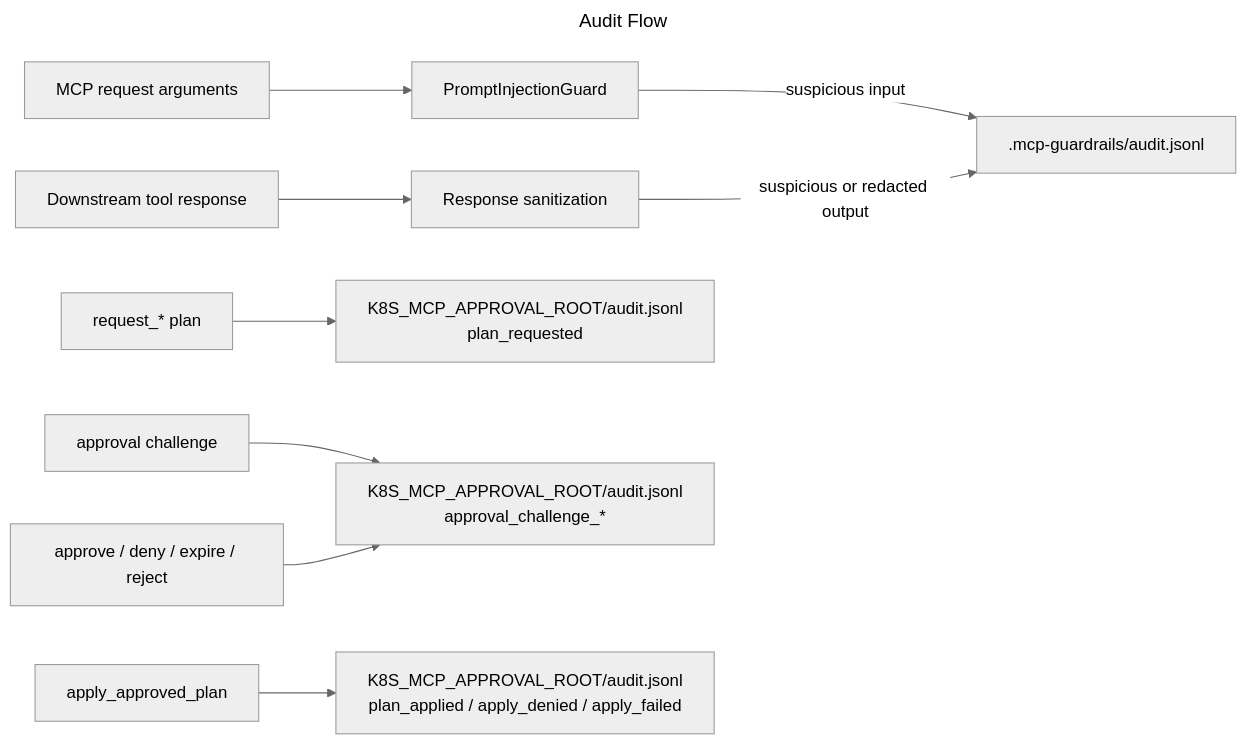
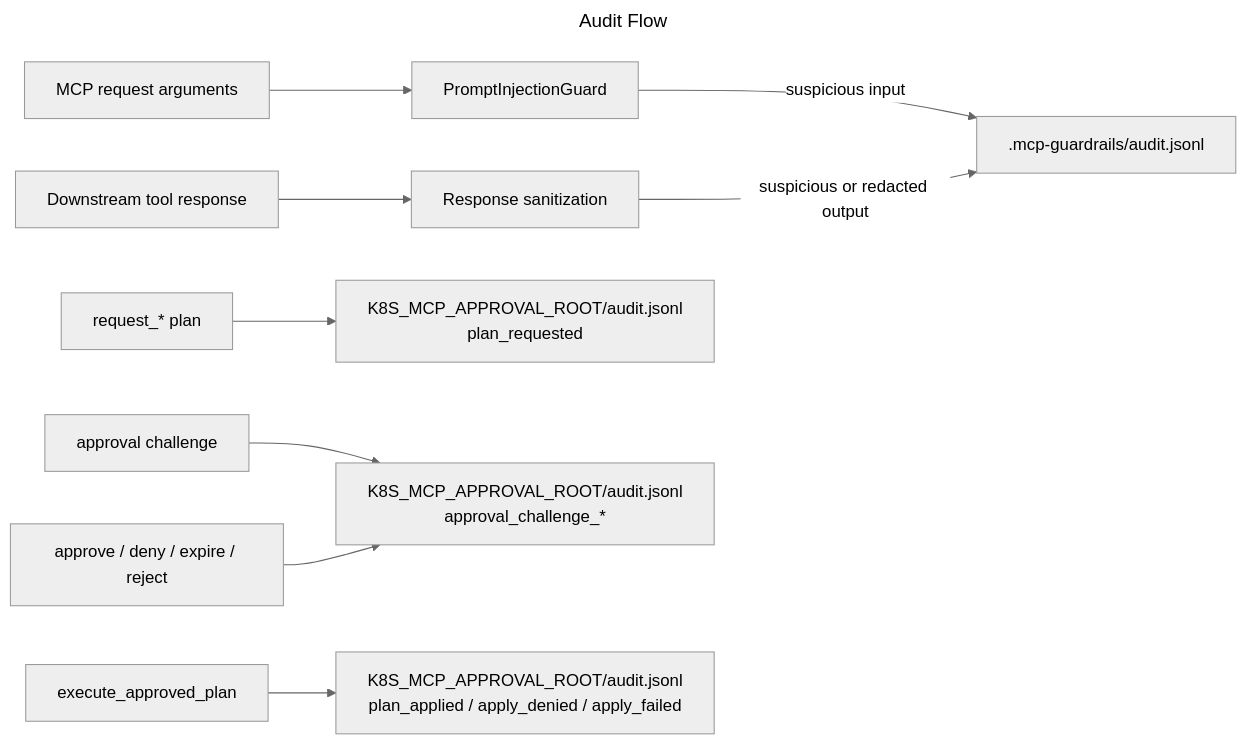
The seventh of 7 diagrams in docs/architecture.md (mirusser/Kubernetes-MCP-Guard), drawn with Mermaid (neutral theme) before and after one commit. The commit also changed other lines of this file and 30 other files, not shown here.

````diff
--- a/docs/architecture.md
+++ b/docs/architecture.md
@@ -301,15 +301,15 @@
 ```mermaid
 ---
 title: Audit Flow
 ---
 flowchart LR
     Request["MCP request arguments"] --> Guard["PromptInjectionGuard"]
     Response["Downstream tool response"] --> Sanitizer["Response sanitization"]
     Guard -->|"suspicious input"| GuardAudit[".mcp-guardrails/audit.jsonl"]
     Sanitizer -->|"suspicious or redacted output"| GuardAudit
 
     Plan["request_* plan"] --> PlanAudit["K8S_MCP_APPROVAL_ROOT/audit.jsonl<br/>plan_requested"]
     Challenge["approval challenge"] --> ChallengeAudit["K8S_MCP_APPROVAL_ROOT/audit.jsonl<br/>approval_challenge_*"]
     Approve["approve / deny / expire / reject"] --> ChallengeAudit
-    Apply["apply_approved_plan"] --> ApplyAudit["K8S_MCP_APPROVAL_ROOT/audit.jsonl<br/>plan_applied / apply_denied / apply_failed"]
+    Apply["execute_approved_plan"] --> ApplyAudit["K8S_MCP_APPROVAL_ROOT/audit.jsonl<br/>plan_applied / apply_denied / apply_failed"]
 ```
````
